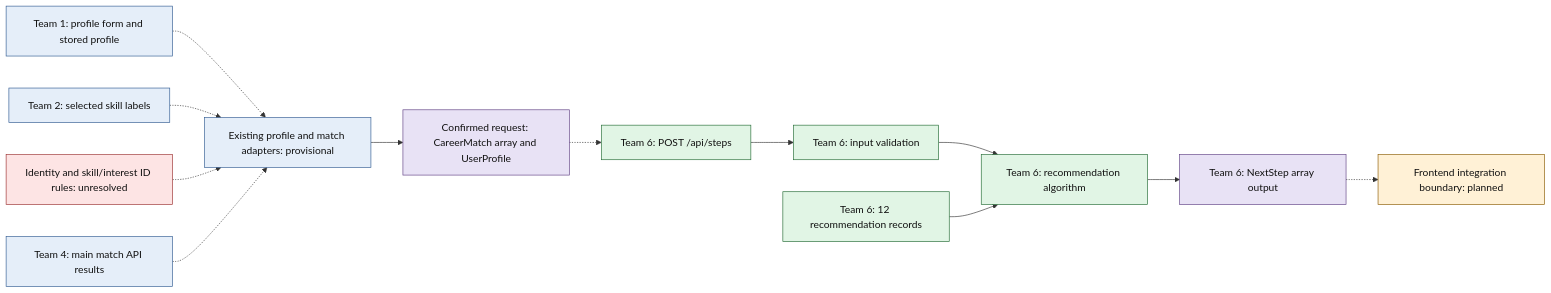
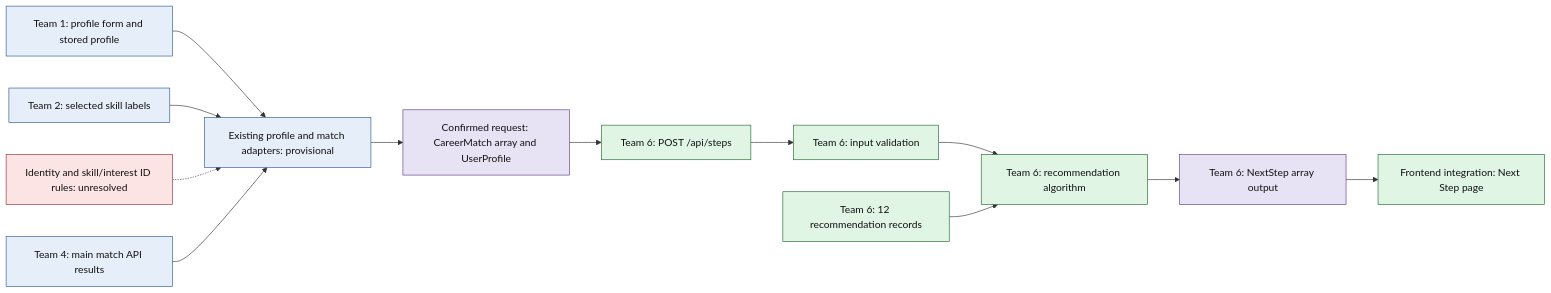
Before and after one commit to jaynaugler/ttns: the diagram in src/lib/next-steps/BACKEND_ROADMAP.md, drawn with Mermaid. The commit also changed other lines of this file and 7 other files, not shown here.

Commit message:
Connect Next Step recommendations to the user journey

````diff
--- a/src/lib/next-steps/BACKEND_ROADMAP.md
+++ b/src/lib/next-steps/BACKEND_ROADMAP.md
@@ -17,32 +15,32 @@
 ```mermaid
 flowchart LR
     P["Team 1: profile form and stored profile"]:::external
     S["Team 2: selected skill labels"]:::external
     N["Existing profile and match adapters: provisional"]:::external
     M["Team 4: main match API results"]:::external
     R["Team 6: POST /api/steps"]:::implemented
     V["Team 6: input validation"]:::implemented
     D["Team 6: 12 recommendation records"]:::implemented
     A["Team 6: recommendation algorithm"]:::implemented
     O["Team 6: NextStep array output"]:::contract
-    F["Frontend integration boundary: planned"]:::planned
+    F["Frontend integration: Next Step page"]:::implemented
     U["Identity and skill/interest ID rules: unresolved"]:::decision
     C["Confirmed request: CareerMatch array and UserProfile"]:::contract
 
-    P -.-> N
-    S -.-> N
+    P --> N
+    S --> N
     U -.-> N
-    M -.-> N
+    M --> N
     N --> C
-    C -.-> R
+    C --> R
     R --> V
     V --> A
     D --> A
     A --> O
-    O -.-> F
+    O --> F
     classDef implemented fill:#e1f5e5,stroke:#236b34,color:#111
     classDef external fill:#e5eef9,stroke:#315b91,color:#111
     classDef planned fill:#fff1d6,stroke:#8a5a00,color:#111
     classDef contract fill:#e8e2f5,stroke:#604184,color:#111
     classDef decision fill:#fde4e4,stroke:#9b3030,color:#111
 ```
````
